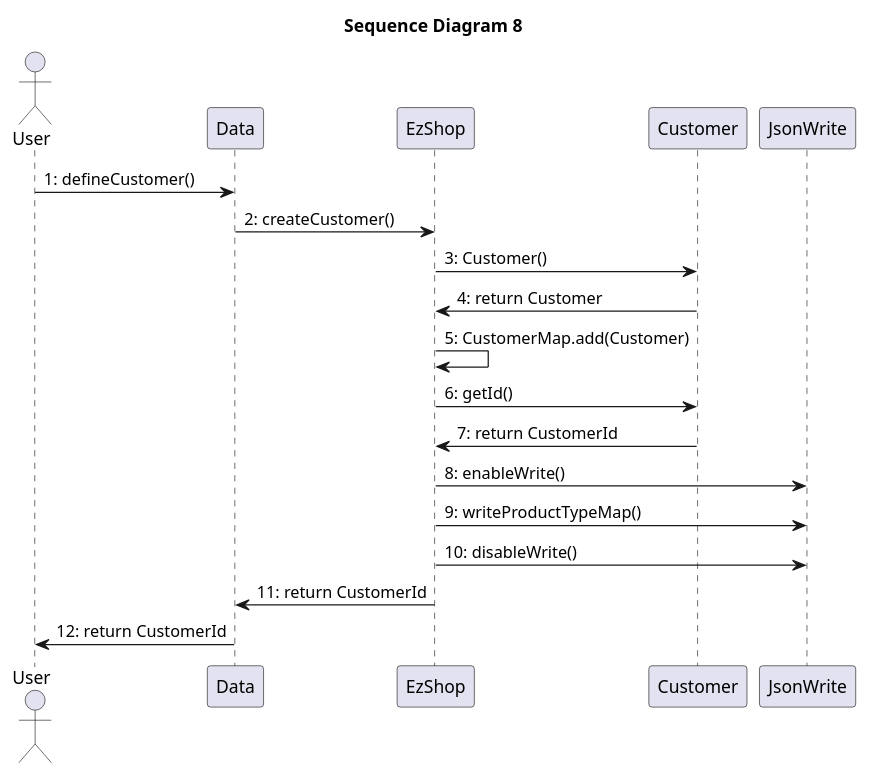
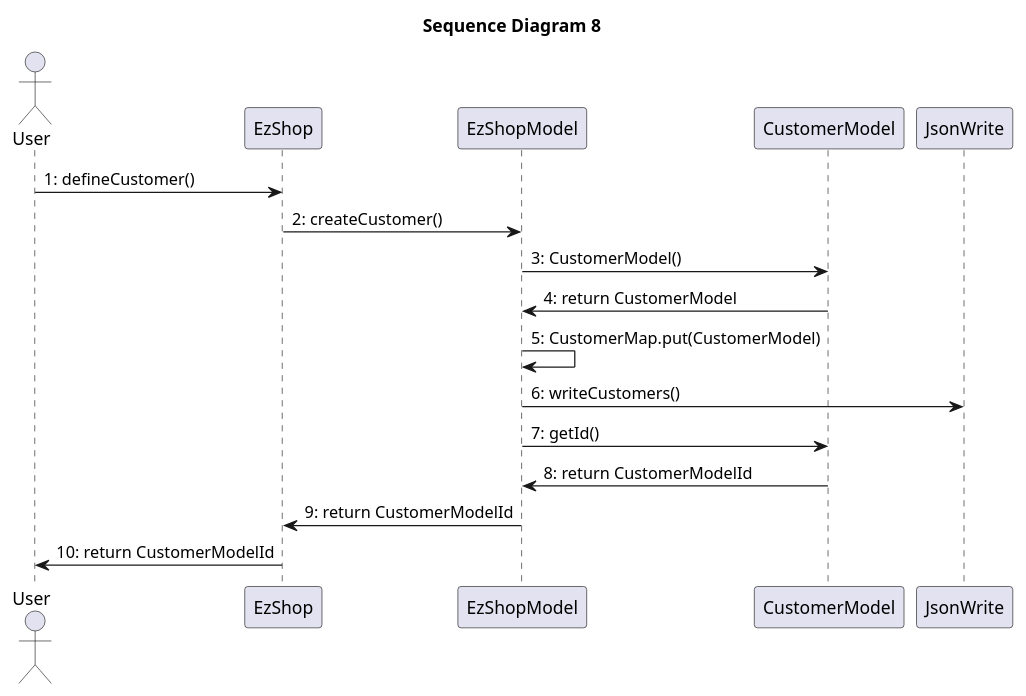
Before and after one commit to paolotron/EzshoProject31: the tenth of 15 diagrams in Deliverables/DesignDocument.md, drawn with PlantUML. The commit also changed other lines of this file, not shown here.

Commit message:
updating SC 4-1/5-1

````diff
--- a/Deliverables/DesignDocument.md
+++ b/Deliverables/DesignDocument.md
@@ -536,23 +536,21 @@
 ``` plantuml
 @startuml
 title "Sequence Diagram 8"
 actor User as U1
-participant Data
-participant EzShop
-participant Customer 
+participant EzShop as E
+participant EzShopModel as EM
+participant CustomerModel as Customer 
 participant JsonWrite as JW
 
-U1->Data: 1: defineCustomer()
-Data->EzShop: 2: createCustomer()
-EzShop->Customer: 3: Customer()
-Customer->EzShop: 4: return Customer
-EzShop->EzShop: 5: CustomerMap.add(Customer)
-EzShop->Customer: 6: getId()
-Customer->EzShop: 7: return CustomerId
-EzShop -> JW: 8: enableWrite()
-EzShop -> JW: 9: writeProductTypeMap()
-EzShop -> JW: 10: disableWrite()
-EzShop->Data: 11: return CustomerId
-Data->U1: 12: return CustomerId
+U1->E: 1: defineCustomer()
+E->EM: 2: createCustomer()
+EM->Customer: 3: CustomerModel()
+Customer->EM: 4: return CustomerModel
+EM->EM: 5: CustomerMap.put(CustomerModel)
+EM -> JW: 6: writeCustomers()
+EM->Customer: 7: getId()
+Customer->EM: 8: return CustomerModelId
+EM->E: 9: return CustomerModelId
+E->U1: 10: return CustomerModelId
 @enduml
 ```
````
